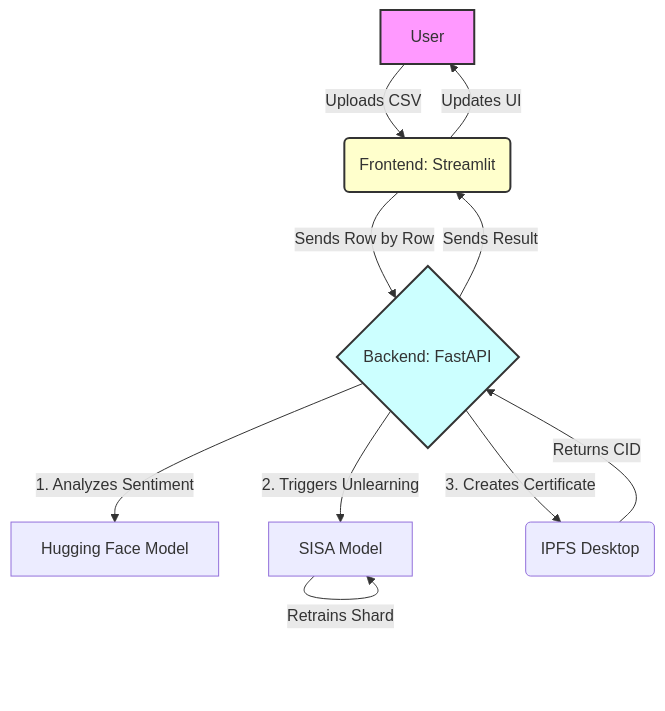
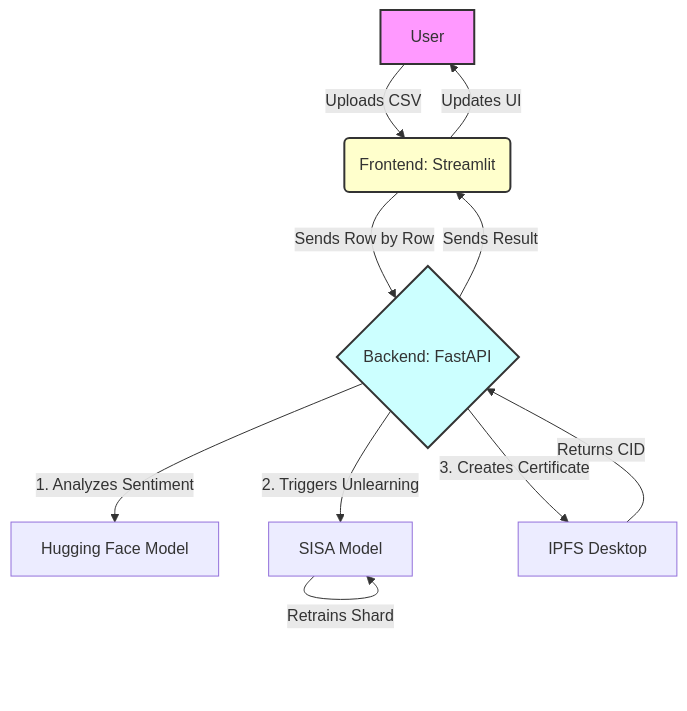
The second of 2 diagrams in README.md (OnePunchMonk/ForgetMeNet), drawn with Mermaid before and after one commit.

````diff
--- a/README.md
+++ b/README.md
@@ -80,16 +80,16 @@
 ```mermaid
 graph TD
-    A[User] -- Uploads CSV --> B(Frontend: Streamlit);
-    B -- Sends Row by Row --> C{Backend: FastAPI};
-    C -- 1. Analyzes Sentiment --> D[Hugging Face Model];
-    C -- 2. Triggers Unlearning --> E[SISA Model];
-    E -- Retrains Shard --> E;
-    C -- 3. Creates Certificate --> F(IPFS Desktop);
-    F -- Returns CID --> C;
-    C -- Sends Result --> B;
-    B -- Updates UI --> A;
+    A[User] -->|Uploads CSV| B(Frontend: Streamlit)
+    B -->|Sends Row by Row| C{Backend: FastAPI}
+    C -->|1. Analyzes Sentiment| D[Hugging Face Model]
+    C -->|2. Triggers Unlearning| E[SISA Model]
+    E -->|Retrains Shard| E
+    C -->|3. Creates Certificate| F[IPFS Desktop]
+    F -->|Returns CID| C
+    C -->|Sends Result| B
+    B -->|Updates UI| A
 
     style A fill:#f9f,stroke:#333,stroke-width:2px
     style B fill:#ffc,stroke:#333,stroke-width:2px
     style C fill:#cff,stroke:#333,stroke-width:2px
 ```
````
